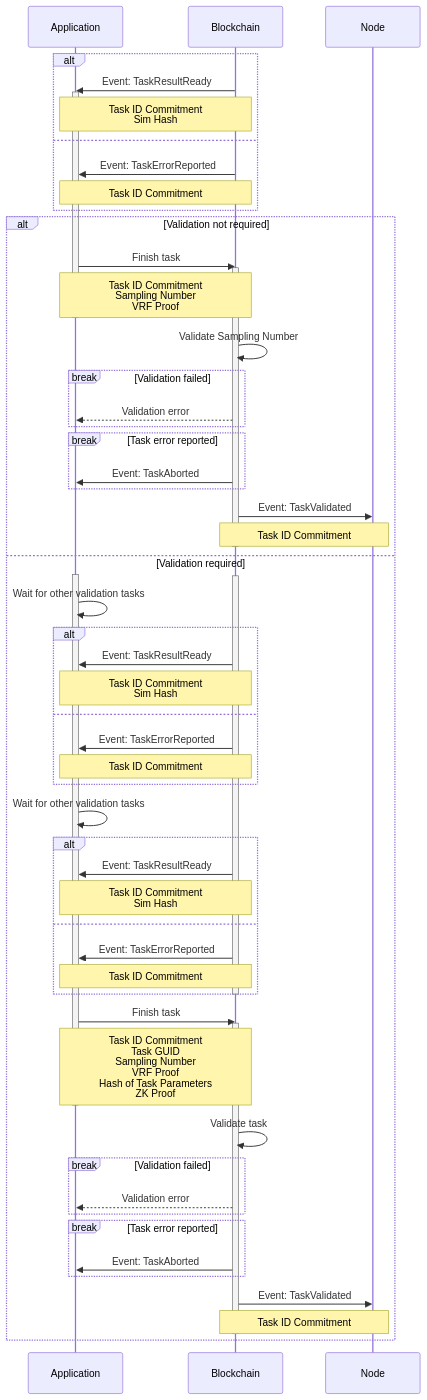
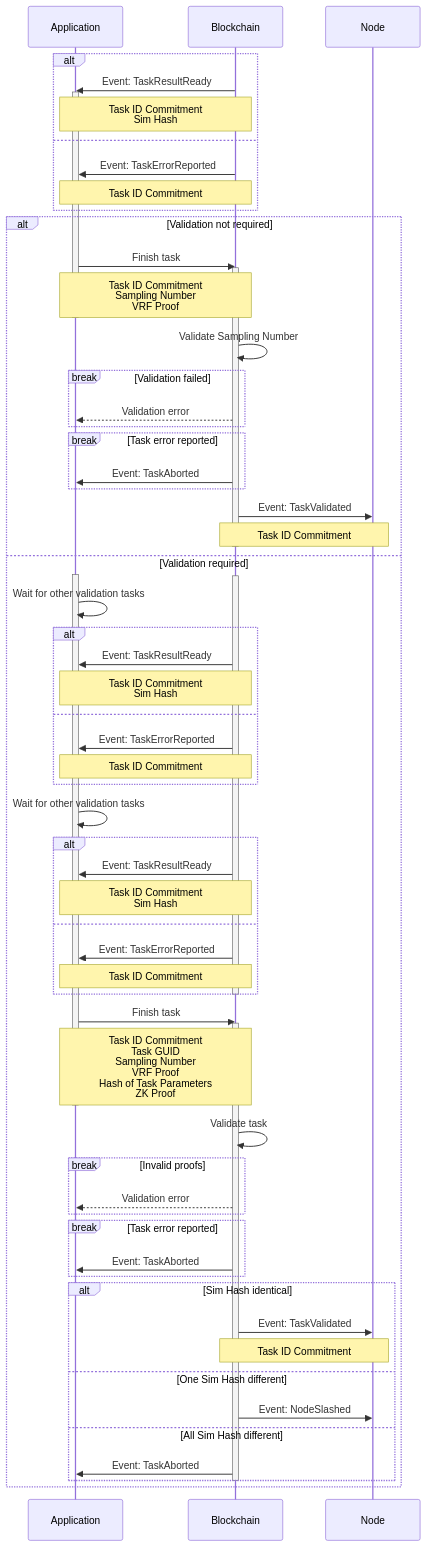
One commit to crynux-ai/documentation changed the third of 4 diagrams in gitbook/system-design/task-lifecycle.md. Above: the diagram before and after it, drawn with Mermaid. The commit also changed other lines of this file, not shown here.

Commit message:
GITBOOK-291: No subject

````diff
--- a/gitbook/system-design/task-lifecycle.md
+++ b/gitbook/system-design/task-lifecycle.md
@@ -262,74 +262,82 @@
 ```mermaid
 sequenceDiagram
     Participant A as Application
     Participant B as Blockchain
     Participant N as Node
 
     alt
         B ->> A: Event: TaskResultReady
         activate A
         Note over A,B: Task ID Commitment<br />Sim Hash
     else
         B ->> A: Event: TaskErrorReported
         Note over A,B: Task ID Commitment
     end
 
     alt Validation not required
         A ->> B: Finish task
         activate B
         Note over A,B: Task ID Commitment<br/>Sampling Number<br/>VRF Proof
         deactivate A
         B ->> B: Validate Sampling Number
         break Validation failed
             B -->> A: Validation error 
         end
         break Task error reported
             B ->> A: Event: TaskAborted
         end
 
         B ->> N: Event: TaskValidated
         Note over B,N: Task ID Commitment
         
         deactivate B
     else Validation required
         activate A
         activate B
         A ->> A: Wait for other validation tasks
         
         alt
             B ->> A: Event: TaskResultReady
             Note over A,B: Task ID Commitment<br />Sim Hash
         else
             B ->> A: Event: TaskErrorReported
             Note over A,B: Task ID Commitment
         end
 
         A ->> A: Wait for other validation tasks
         
         alt
             B ->> A: Event: TaskResultReady
             Note over A,B: Task ID Commitment<br />Sim Hash
         else
             B ->> A: Event: TaskErrorReported
             Note over A,B: Task ID Commitment
         end
 
         deactivate B
 
         A ->> B: Finish task
         activate B
         Note over A,B: Task ID Commitment<br/>Task GUID<br/>Sampling Number<br/>VRF Proof<br/>Hash of Task Parameters<br/>ZK Proof
         deactivate A
         B ->> B: Validate task
-        break Validation failed
+        break Invalid proofs
             B -->> A: Validation error 
         end
         break Task error reported
             B ->> A: Event: TaskAborted
         end
-        B ->> N: Event: TaskValidated
-        Note over B,N: Task ID Commitment
+        
+        alt Sim Hash identical
+            B ->> N: Event: TaskValidated
+            Note over B,N: Task ID Commitment
+        else One Sim Hash different
+            B ->> N: Event: NodeSlashed
+        else All Sim Hash different
+            B ->> A: Event: TaskAborted
+        end
+
         deactivate B
     end
     
 ```
````
